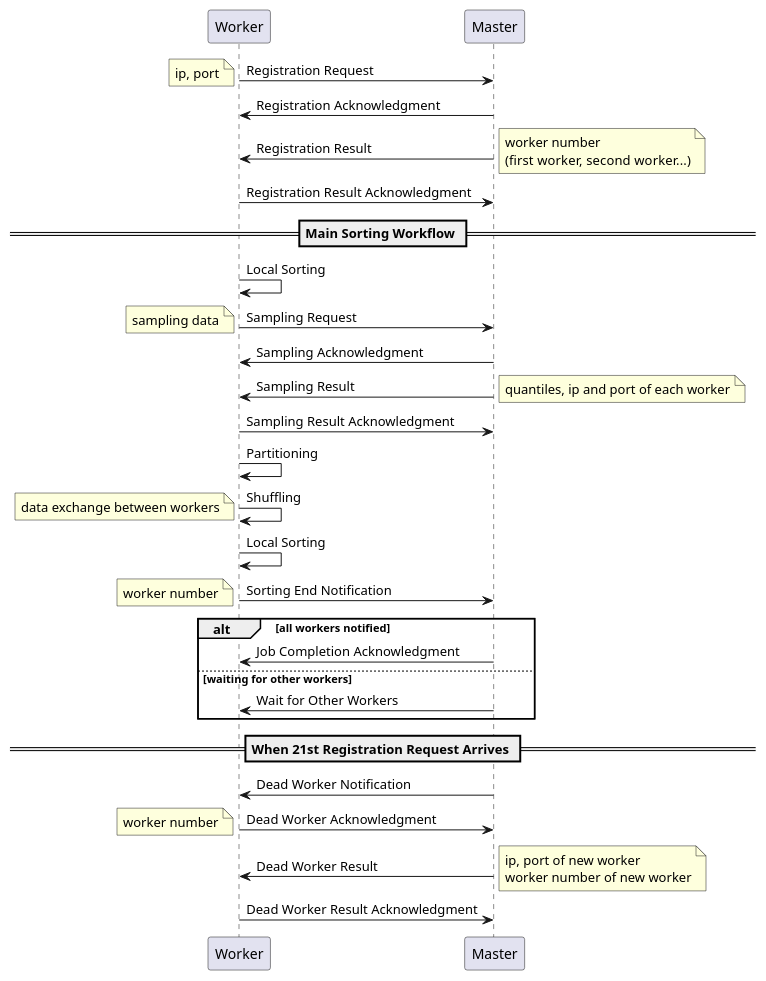
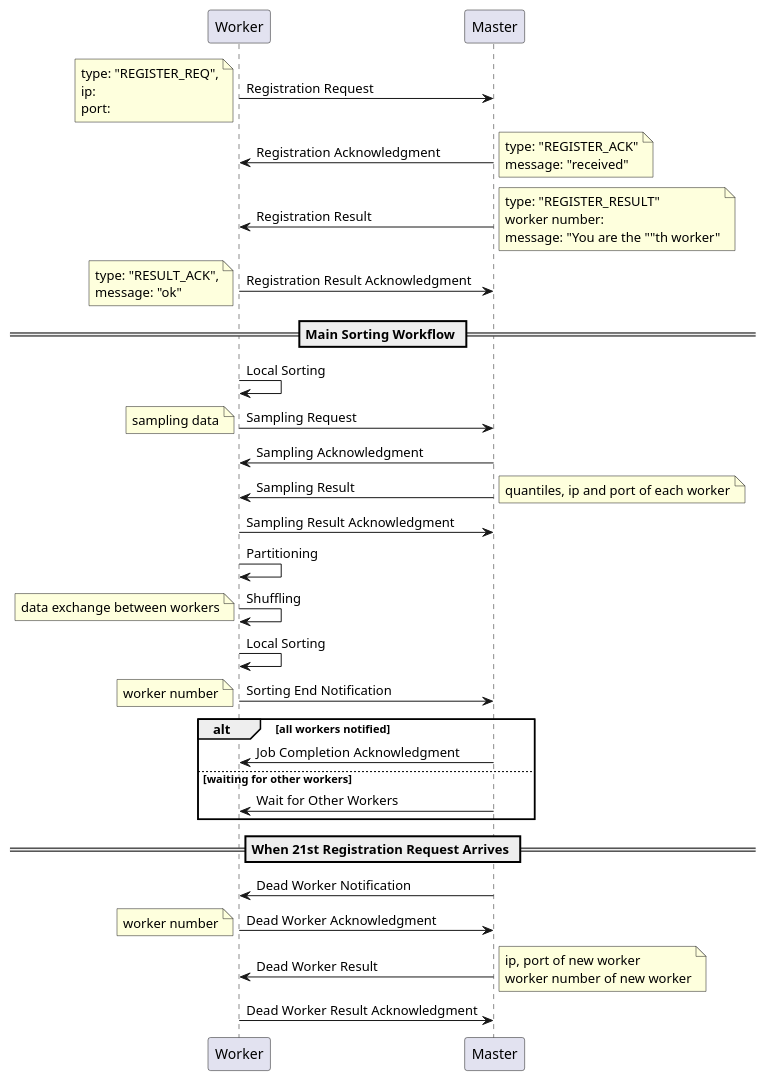
The diagram in doc/PC process/PC process.puml (ksw20020/332project), drawn with PlantUML before and after one commit.

Commit message:
Update PC process.puml

```diff
--- a/doc/PC process/PC process.puml
+++ b/doc/PC process/PC process.puml
@@ -1,62 +1,73 @@
 @startuml
 
 participant Worker
 participant Master
 
 Worker -> Master: Registration Request
 note left
-    ip, port
+    type: "REGISTER_REQ",
+    ip:
+    port:
 end note
 Master -> Worker: Registration Acknowledgment
+note right
+    type: "REGISTER_ACK"
+    message: "received"
+end note
 Master -> Worker: Registration Result
 note right
-    worker number
-    (first worker, second worker...)
+    type: "REGISTER_RESULT"
+    worker number:
+    message: "You are the ""th worker"
 end note
 Worker -> Master: Registration Result Acknowledgment
+note left
+    type: "RESULT_ACK",
+    message: "ok"
+end note
 
 == Main Sorting Workflow ==
 Worker -> Worker : Local Sorting
 
 Worker -> Master: Sampling Request
 note left
     sampling data
 end note
 Master -> Worker: Sampling Acknowledgment
 
 Master -> Worker: Sampling Result
 note right
     quantiles, ip and port of each worker
 end note
 Worker -> Master: Sampling Result Acknowledgment
 
 Worker -> Worker : Partitioning
 Worker -> Worker : Shuffling
 note left
     data exchange between workers
 end note
 Worker -> Worker : Local Sorting
 Worker -> Master: Sorting End Notification
 note left
     worker number
 end note
 alt all workers notified
     Master -> Worker: Job Completion Acknowledgment
 else waiting for other workers
     Master -> Worker: Wait for Other Workers
 end alt
 
 
 == When 21st Registration Request Arrives ==
 Master -> Worker: Dead Worker Notification
 Worker -> Master: Dead Worker Acknowledgment
 note left
     worker number
 end note
 Master -> Worker: Dead Worker Result
 note right
     ip, port of new worker
     worker number of new worker
 end note
 Worker -> Master: Dead Worker Result Acknowledgment
 @enduml
```
